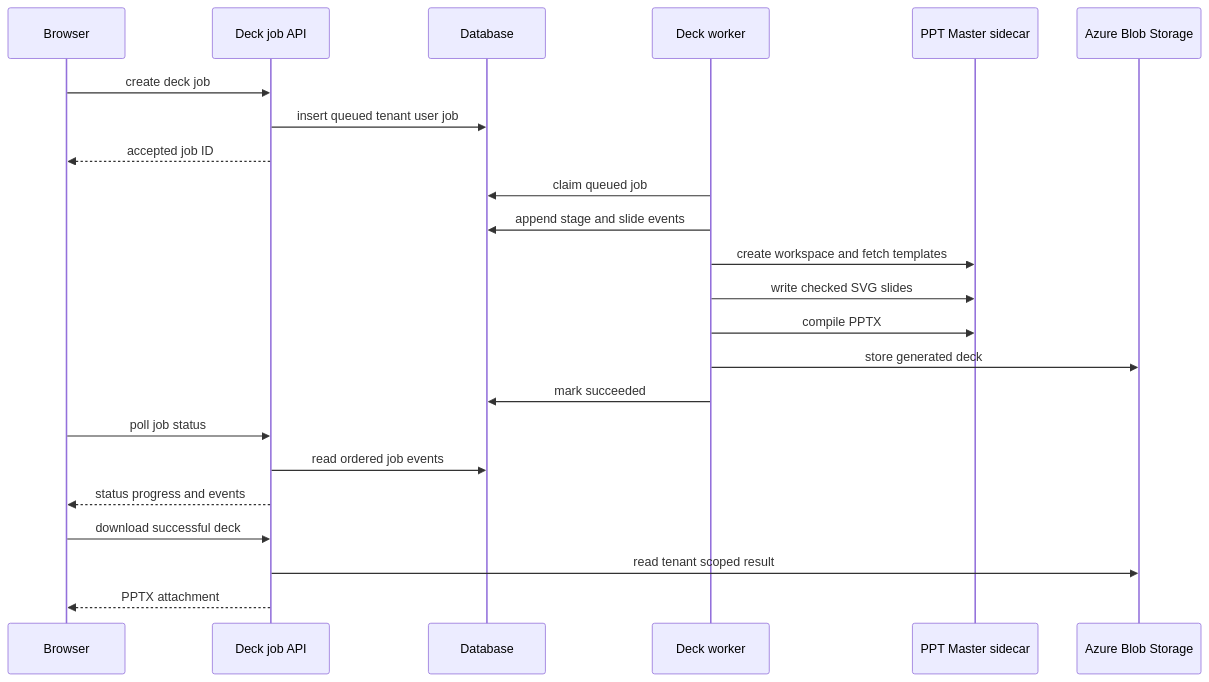
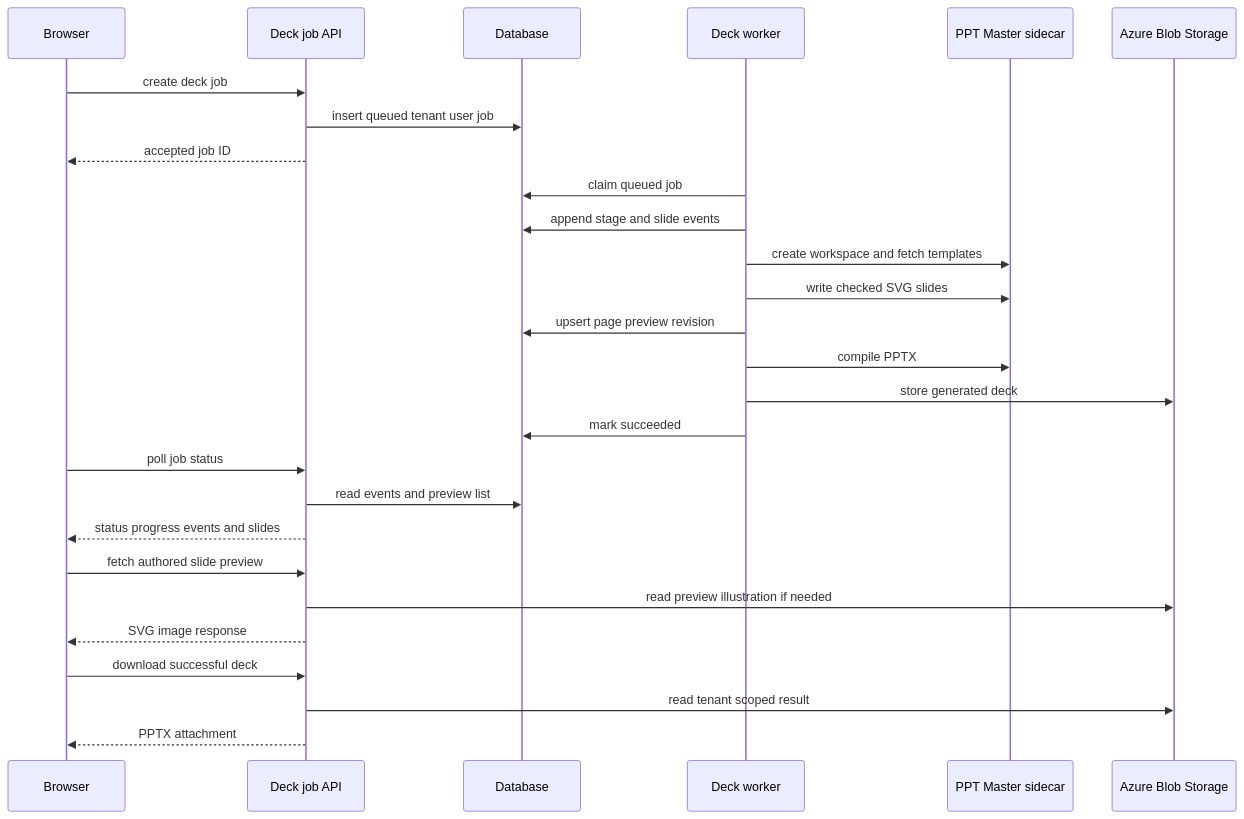
One commit to tony30552001/Genpic-master changed the first of 2 diagrams in openwiki/backend/ppt-master-decks.md. Above: the diagram before and after it, drawn with Mermaid. The commit also changed other lines of this file and 26 other files, not shown here.

````diff
--- a/openwiki/backend/ppt-master-decks.md
+++ b/openwiki/backend/ppt-master-decks.md
@@ -28,25 +28,29 @@
 ```mermaid
 sequenceDiagram
   participant Browser
   participant Api as Deck job API
   participant Database
   participant Worker as Deck worker
   participant Sidecar as PPT Master sidecar
   participant Blob as Azure Blob Storage
   Browser->>Api: create deck job
   Api->>Database: insert queued tenant user job
   Api-->>Browser: accepted job ID
   Worker->>Database: claim queued job
   Worker->>Database: append stage and slide events
   Worker->>Sidecar: create workspace and fetch templates
   Worker->>Sidecar: write checked SVG slides
+  Worker->>Database: upsert page preview revision
   Worker->>Sidecar: compile PPTX
   Worker->>Blob: store generated deck
   Worker->>Database: mark succeeded
   Browser->>Api: poll job status
-  Api->>Database: read ordered job events
-  Api-->>Browser: status progress and events
+  Api->>Database: read events and preview list
+  Api-->>Browser: status progress events and slides
+  Browser->>Api: fetch authored slide preview
+  Api->>Blob: read preview illustration if needed
+  Api-->>Browser: SVG image response
   Browser->>Api: download successful deck
   Api->>Blob: read tenant scoped result
   Api-->>Browser: PPTX attachment
 ```
````
